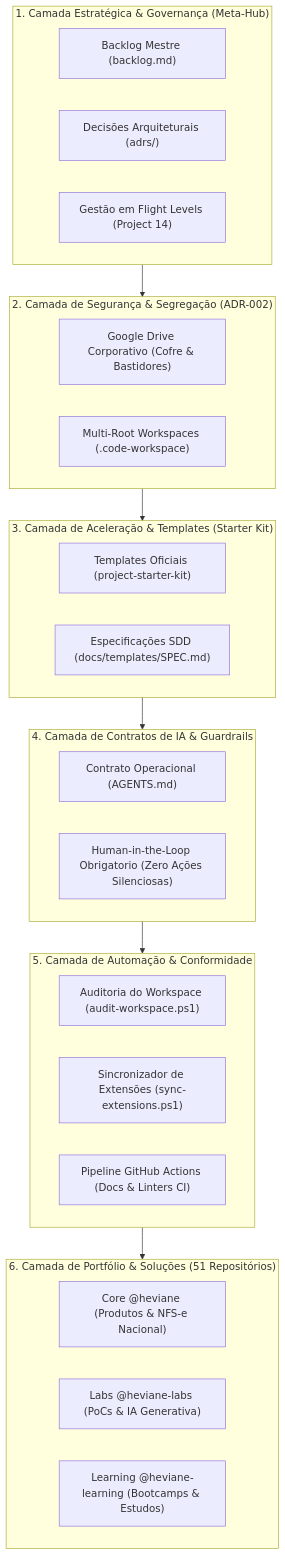
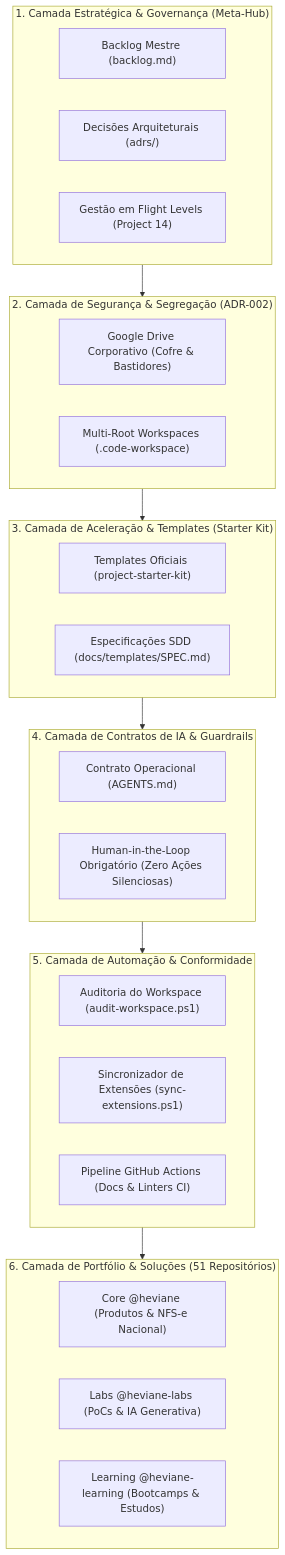
The diagram in meta-hub/adrs/003-formalizacao-arquitetura-ai-sep.md (heviane/heviane), drawn with Mermaid before and after one commit. The commit also changed other lines of this file and 5 other files, not shown here.

````diff
--- a/meta-hub/adrs/003-formalizacao-arquitetura-ai-sep.md
+++ b/meta-hub/adrs/003-formalizacao-arquitetura-ai-sep.md
@@ -36,41 +36,41 @@
 ```mermaid
 flowchart TD
     subgraph L1 ["1. Camada Estratégica & Governança (Meta-Hub)"]
         Backlog["Backlog Mestre (backlog.md)"]
         ADRs["Decisões Arquiteturais (adrs/)"]
         FlightLevels["Gestão em Flight Levels (Project 14)"]
     end
 
     subgraph L2 ["2. Camada de Segurança & Segregação (ADR-002)"]
         GDrive["Google Drive Corporativo (Cofre & Bastidores)"]
         MultiRoot["Multi-Root Workspaces (.code-workspace)"]
     end
 
     subgraph L3 ["3. Camada de Aceleração & Templates (Starter Kit)"]
         Templates["Templates Oficiais (project-starter-kit)"]
         SpecTemplate["Especificações SDD (docs/templates/SPEC.md)"]
     end
 
     subgraph L4 ["4. Camada de Contratos de IA & Guardrails"]
         AgentsContract["Contrato Operacional (AGENTS.md)"]
-        HITL["Human-in-the-Loop Obrigatorio (Zero Ações Silenciosas)"]
+        HITL["Human-in-the-Loop Obrigatório (Zero Ações Silenciosas)"]
     end
 
     subgraph L5 ["5. Camada de Automação & Conformidade"]
         AuditScript["Auditoria do Workspace (audit-workspace.ps1)"]
         SyncScript["Sincronizador de Extensões (sync-extensions.ps1)"]
         DocsCI["Pipeline GitHub Actions (Docs & Linters CI)"]
     end
 
     subgraph L6 ["6. Camada de Portfólio & Soluções (51 Repositórios)"]
         Core["Core @heviane (Produtos & NFS-e Nacional)"]
         Labs["Labs @heviane-labs (PoCs & IA Generativa)"]
         Learning["Learning @heviane-learning (Bootcamps & Estudos)"]
     end
 
     L1 --> L2
     L2 --> L3
     L3 --> L4
     L4 --> L5
     L5 --> L6
 ```
````
